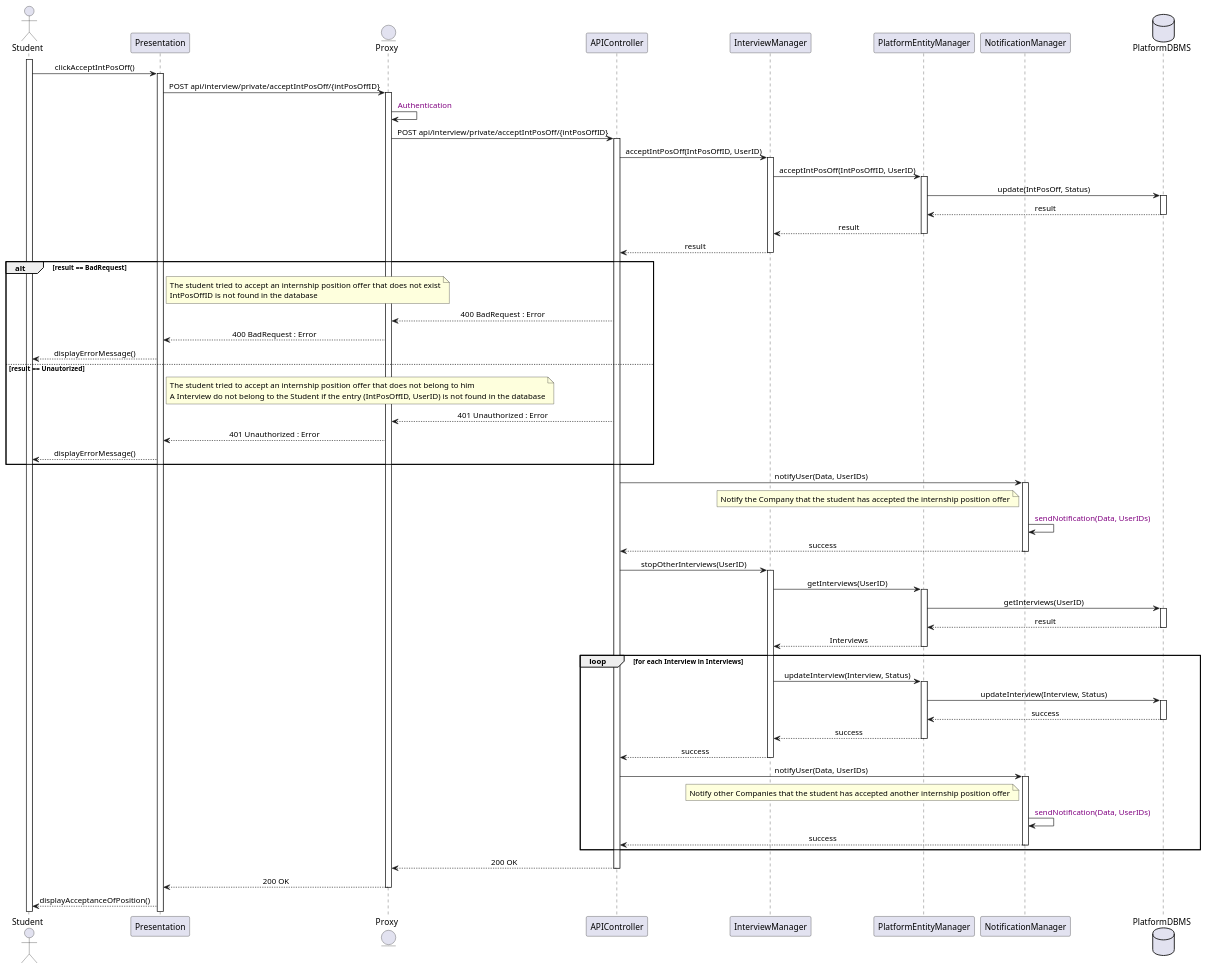
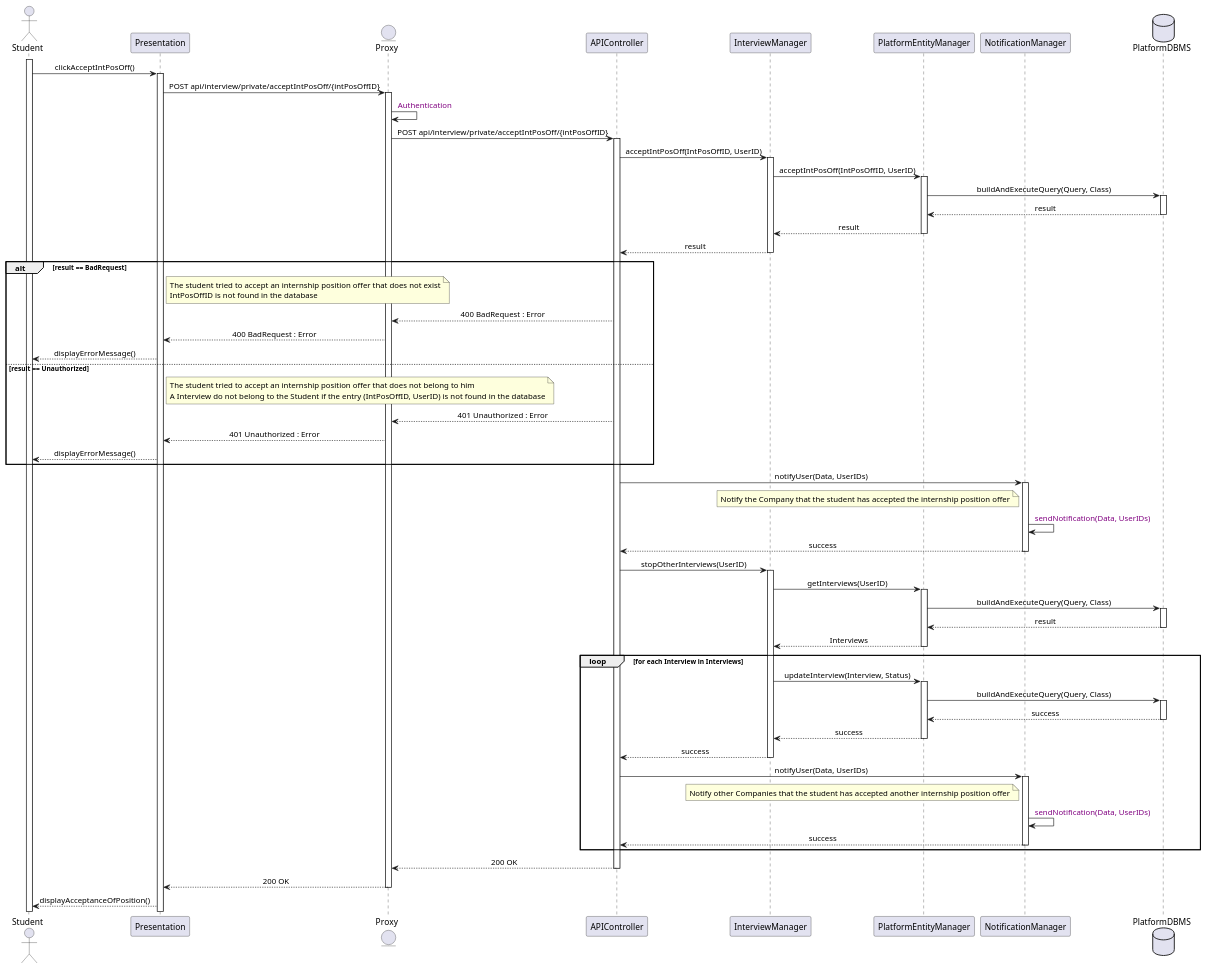
Before and after one commit to Slaitroc/RicciPaoliGrisoni: the diagram in Diagrams/SequenceDiagrams/DD/22StudentAcceptsInternshipPositionOffer.wsd, drawn with PlantUML. The commit also changed 3 other files, not shown here.

Commit message:
add sequenceDiagram 23

```diff
--- a/Diagrams/SequenceDiagrams/DD/22StudentAcceptsInternshipPositionOffer.wsd
+++ b/Diagrams/SequenceDiagrams/DD/22StudentAcceptsInternshipPositionOffer.wsd
@@ -1,94 +1,94 @@
 @startuml 22StudentAcceptsInternshipPositionOffer
 skinparam sequenceMessageAlign center
 
 actor       Student
 participant Presentation
 entity Proxy
 participant APIController
 participant InterviewManager
 participant PlatformEntityManager
 participant NotificationManager
 database PlatformDBMS
 
 activate Student
 Student -> Presentation : clickAcceptIntPosOff()
 activate Presentation
 Presentation -> Proxy : POST api/interview/private/acceptIntPosOff/{intPosOffID}
 activate Proxy
 Proxy -> Proxy : <color:purple> Authentication
 Proxy -> APIController : POST api/interview/private/acceptIntPosOff/{intPosOffID}
 activate APIController
 '? I did not understand the isOwner(InterviewID, StudentID) method. I will assume that the student is the owner of the internship position offer.
 APIController -> InterviewManager : acceptIntPosOff(IntPosOffID, UserID)
 activate InterviewManager
 InterviewManager -> PlatformEntityManager : acceptIntPosOff(IntPosOffID, UserID)
 activate PlatformEntityManager
-PlatformEntityManager -> PlatformDBMS : update(IntPosOff, Status)
+PlatformEntityManager -> PlatformDBMS : buildAndExecuteQuery(Query, Class)
 activate PlatformDBMS
 PlatformDBMS --> PlatformEntityManager : result
 deactivate PlatformDBMS
 PlatformEntityManager --> InterviewManager : result
 deactivate PlatformEntityManager
 InterviewManager --> APIController : result
 deactivate InterviewManager
 alt result == BadRequest
     note right of Presentation
         The student tried to accept an internship position offer that does not exist
         IntPosOffID is not found in the database
     end note
     APIController --> Proxy : 400 BadRequest : Error
     Proxy --> Presentation : 400 BadRequest : Error
     Presentation --> Student : displayErrorMessage()
-else result == Unautorized
+else result == Unauthorized
     note right of Presentation
         The student tried to accept an internship position offer that does not belong to him
         A Interview do not belong to the Student if the entry (IntPosOffID, UserID) is not found in the database
     end note
     APIController --> Proxy : 401 Unauthorized : Error
     Proxy --> Presentation : 401 Unauthorized : Error
     Presentation --> Student : displayErrorMessage()
 end
 APIController -> NotificationManager : notifyUser(Data, UserIDs)
 activate NotificationManager
 note left of NotificationManager
     Notify the Company that the student has accepted the internship position offer
 end note
 NotificationManager -> NotificationManager : <color:purple> sendNotification(Data, UserIDs)
 NotificationManager --> APIController : success
 deactivate NotificationManager
 APIController -> InterviewManager : stopOtherInterviews(UserID)
 activate InterviewManager
 InterviewManager -> PlatformEntityManager : getInterviews(UserID)
 activate PlatformEntityManager
-PlatformEntityManager -> PlatformDBMS : getInterviews(UserID)
+PlatformEntityManager -> PlatformDBMS : buildAndExecuteQuery(Query, Class)
 activate PlatformDBMS
 PlatformDBMS --> PlatformEntityManager : result
 deactivate PlatformDBMS
 PlatformEntityManager --> InterviewManager : Interviews
 deactivate PlatformEntityManager
 loop for each Interview in Interviews
     InterviewManager -> PlatformEntityManager : updateInterview(Interview, Status)
     activate PlatformEntityManager
-    PlatformEntityManager -> PlatformDBMS : updateInterview(Interview, Status)
+    PlatformEntityManager -> PlatformDBMS : buildAndExecuteQuery(Query, Class)
     activate PlatformDBMS
     PlatformDBMS --> PlatformEntityManager : success
     deactivate PlatformDBMS
     PlatformEntityManager --> InterviewManager : success
     deactivate PlatformEntityManager
     InterviewManager --> APIController : success
     deactivate InterviewManager
     APIController -> NotificationManager : notifyUser(Data, UserIDs)
     activate NotificationManager
     note left of NotificationManager
         Notify other Companies that the student has accepted another internship position offer
     end note
     NotificationManager -> NotificationManager : <color:purple> sendNotification(Data, UserIDs)
     NotificationManager --> APIController : success
     deactivate NotificationManager
 end
 APIController --> Proxy : 200 OK
 deactivate APIController
 Proxy --> Presentation : 200 OK
 deactivate Proxy
 Presentation --> Student : displayAcceptanceOfPosition()
 @enduml
```
